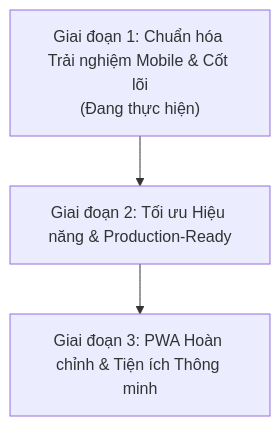
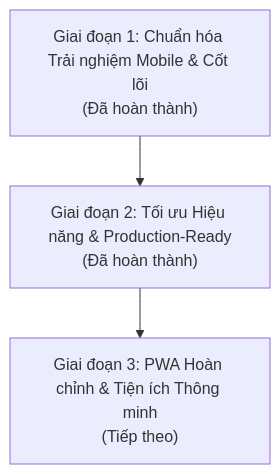
Before and after one commit to jayyyyte/vaultflow: the diagram in docs/roadmap.md, drawn with Mermaid. The commit also changed other lines of this file, not shown here.

Commit message:
docs: update development roadmap to reflect completion of phases 1 and 2, enhance PIN management, and improve category management interface

````diff
--- a/docs/roadmap.md
+++ b/docs/roadmap.md
@@ -33,5 +33,5 @@
 ```mermaid
 flowchart TD
-    G1["Giai đoạn 1: Chuẩn hóa Trải nghiệm Mobile & Cốt lõi<br/>(Đang thực hiện)"] --> G2["Giai đoạn 2: Tối ưu Hiệu năng & Production-Ready"]
-    G2 --> G3["Giai đoạn 3: PWA Hoàn chỉnh & Tiện ích Thông minh"]
+    G1["Giai đoạn 1: Chuẩn hóa Trải nghiệm Mobile & Cốt lõi<br/>(Đã hoàn thành)"] --> G2["Giai đoạn 2: Tối ưu Hiệu năng & Production-Ready<br/>(Đã hoàn thành)"]
+    G2 --> G3["Giai đoạn 3: PWA Hoàn chỉnh & Tiện ích Thông minh<br/>(Tiếp theo)"]
 ```
````
